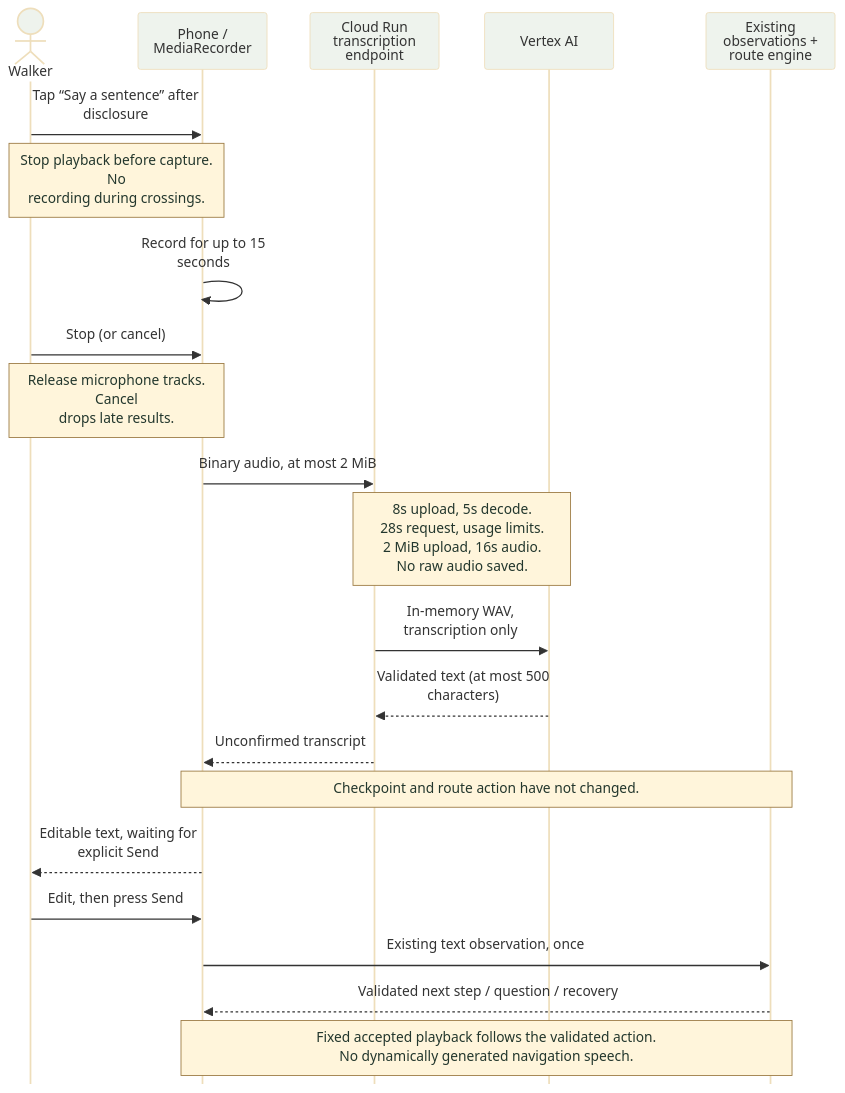
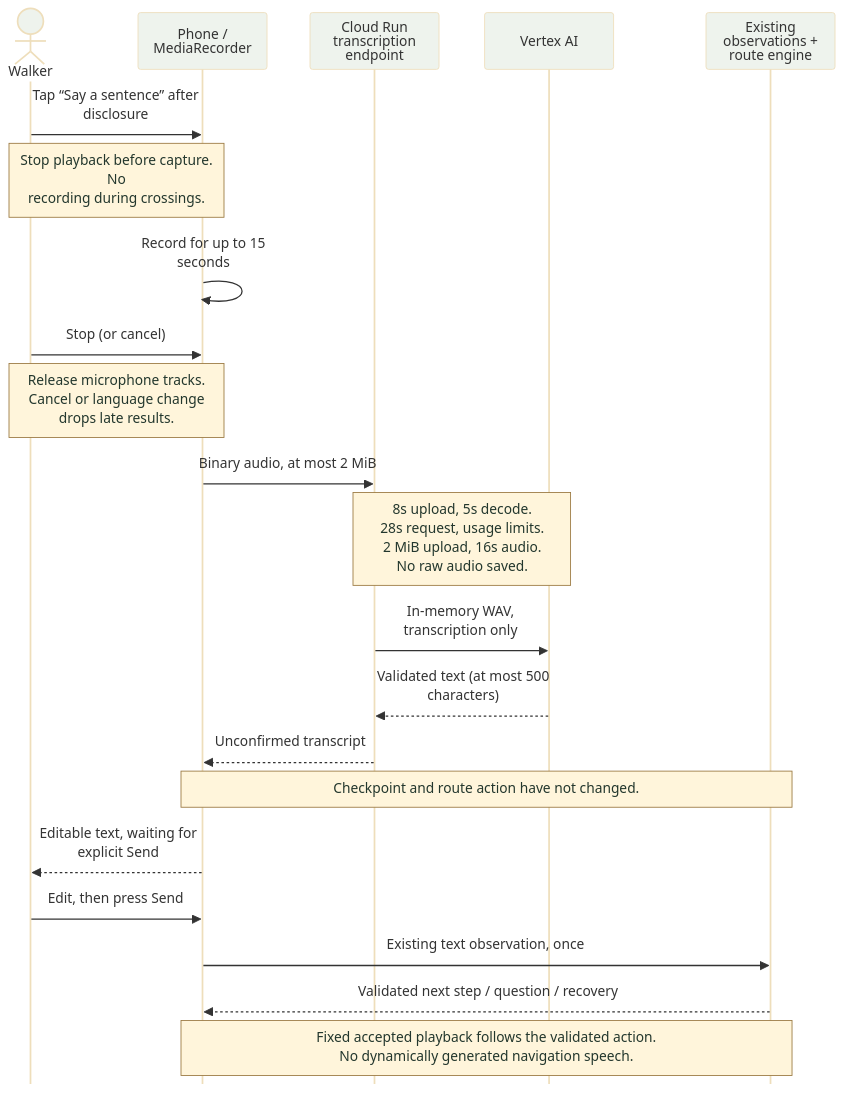
One commit to Crystal32378/Nightingale-Walk-with-Me changed the diagram in docs/architecture/voice-input-sequence.mmd. Above: the diagram before and after it, drawn with Mermaid. The commit also changed 37 other files, not shown here.

Commit message:
Publish bilingual preview evidence and updated architecture

```diff
--- a/docs/architecture/voice-input-sequence.mmd
+++ b/docs/architecture/voice-input-sequence.mmd
@@ -1,38 +1,38 @@
 ---
 config:
   theme: base
   themeVariables:
     fontFamily: Arial
     fontSize: 16px
     noteBkgColor: '#fff5db'
     noteTextColor: '#23372d'
     noteBorderColor: '#9a7840'
     actorBkg: '#eef3ed'
   sequence:
     mirrorActors: false
     wrap: true
 ---
 sequenceDiagram
   accTitle: Short voice input — transcription never advances the route
   actor Walker as Walker
   participant Phone as Phone / MediaRecorder
   participant API as Cloud Run transcription endpoint
   participant Vertex as Vertex AI
   participant Route as Existing observations + route engine
 
   Walker->>Phone: Tap “Say a sentence” after disclosure
   Note over Walker,Phone: Stop playback before capture.<br/>No recording during crossings.
   Phone->>Phone: Record for up to 15 seconds
   Walker->>Phone: Stop (or cancel)
-  Note over Walker,Phone: Release microphone tracks.<br/>Cancel drops late results.
+  Note over Walker,Phone: Release microphone tracks.<br/>Cancel or language change<br/>drops late results.
   Phone->>API: Binary audio, at most 2 MiB
   Note over API,Vertex: 8s upload, 5s decode.<br/>28s request, usage limits.<br/>2 MiB upload, 16s audio.<br/>No raw audio saved.
   API->>Vertex: In-memory WAV, transcription only
   Vertex-->>API: Validated text (at most 500 characters)
   API-->>Phone: Unconfirmed transcript
   Note over Phone,Route: Checkpoint and route action have not changed.
   Phone-->>Walker: Editable text, waiting for explicit Send
   Walker->>Phone: Edit, then press Send
   Phone->>Route: Existing text observation, once
   Route-->>Phone: Validated next step / question / recovery
   Note over Phone,Route: Fixed accepted playback follows the validated action.<br/>No dynamically generated navigation speech.
```
